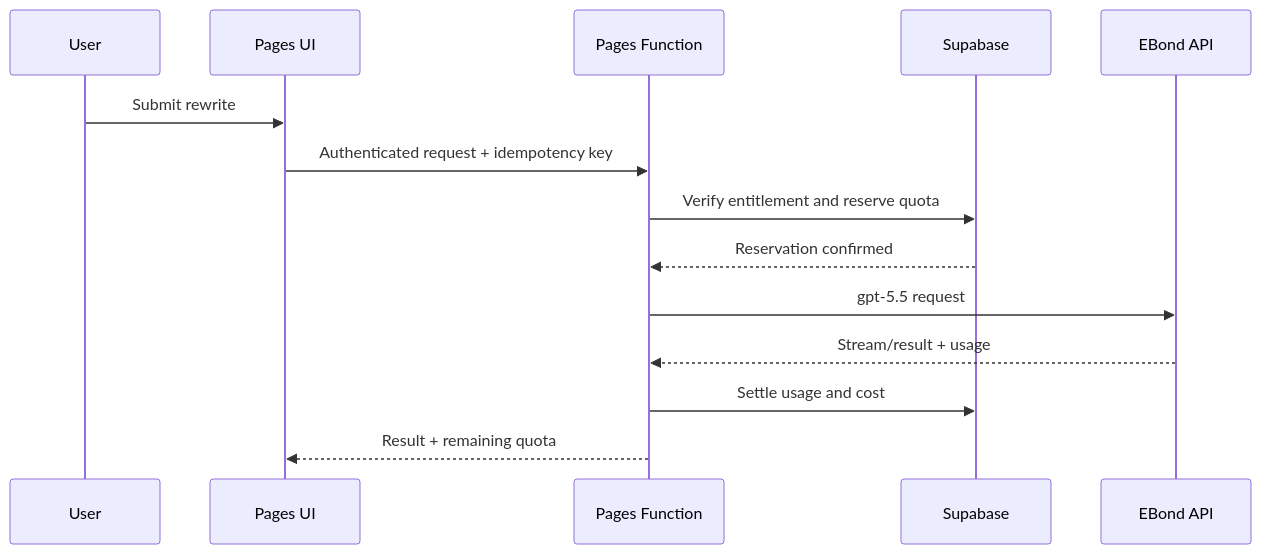
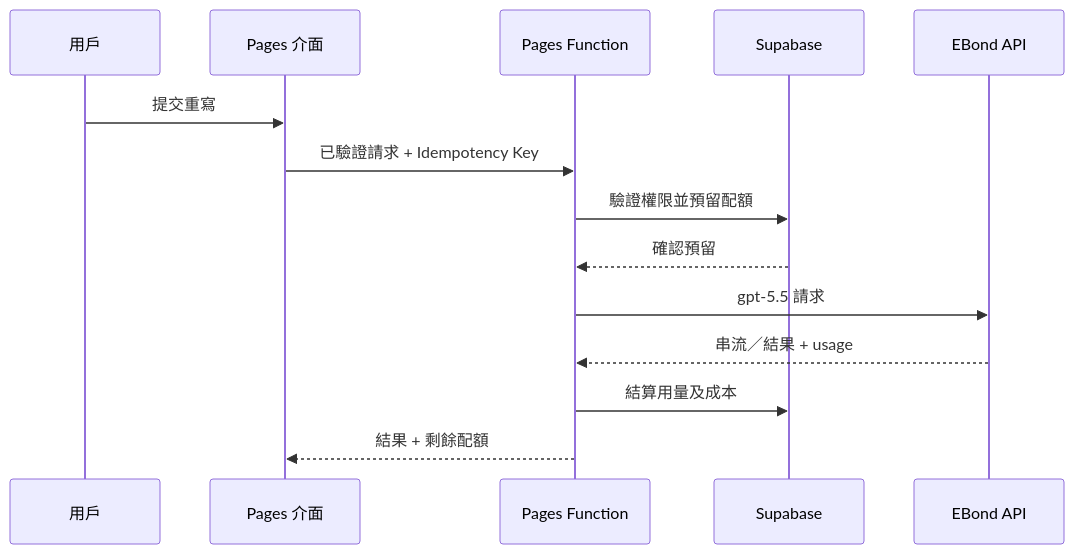
Before and after one commit to widecyruschan/claude-watermark-guide: the diagram in docs/prd/backend-membership-prd.md, drawn with Mermaid. The commit also changed other lines of this file and 23 other files, not shown here.

Commit message:
feat(auth): add Supabase Google sign-in flow

````diff
--- a/docs/prd/backend-membership-prd.md
+++ b/docs/prd/backend-membership-prd.md
@@ -210,17 +217,17 @@
 ```mermaid
 sequenceDiagram
-    participant U as User
-    participant P as Pages UI
+    participant U as 用戶
+    participant P as Pages 介面
     participant F as Pages Function
     participant D as Supabase
     participant E as EBond API
 
-    U->>P: Submit rewrite
-    P->>F: Authenticated request + idempotency key
-    F->>D: Verify entitlement and reserve quota
-    D-->>F: Reservation confirmed
-    F->>E: gpt-5.5 request
-    E-->>F: Stream/result + usage
-    F->>D: Settle usage and cost
-    F-->>P: Result + remaining quota
+    U->>P: 提交重寫
+    P->>F: 已驗證請求 + Idempotency Key
+    F->>D: 驗證權限並預留配額
+    D-->>F: 確認預留
+    F->>E: gpt-5.5 請求
+    E-->>F: 串流／結果 + usage
+    F->>D: 結算用量及成本
+    F-->>P: 結果 + 剩餘配額
 ```
````
